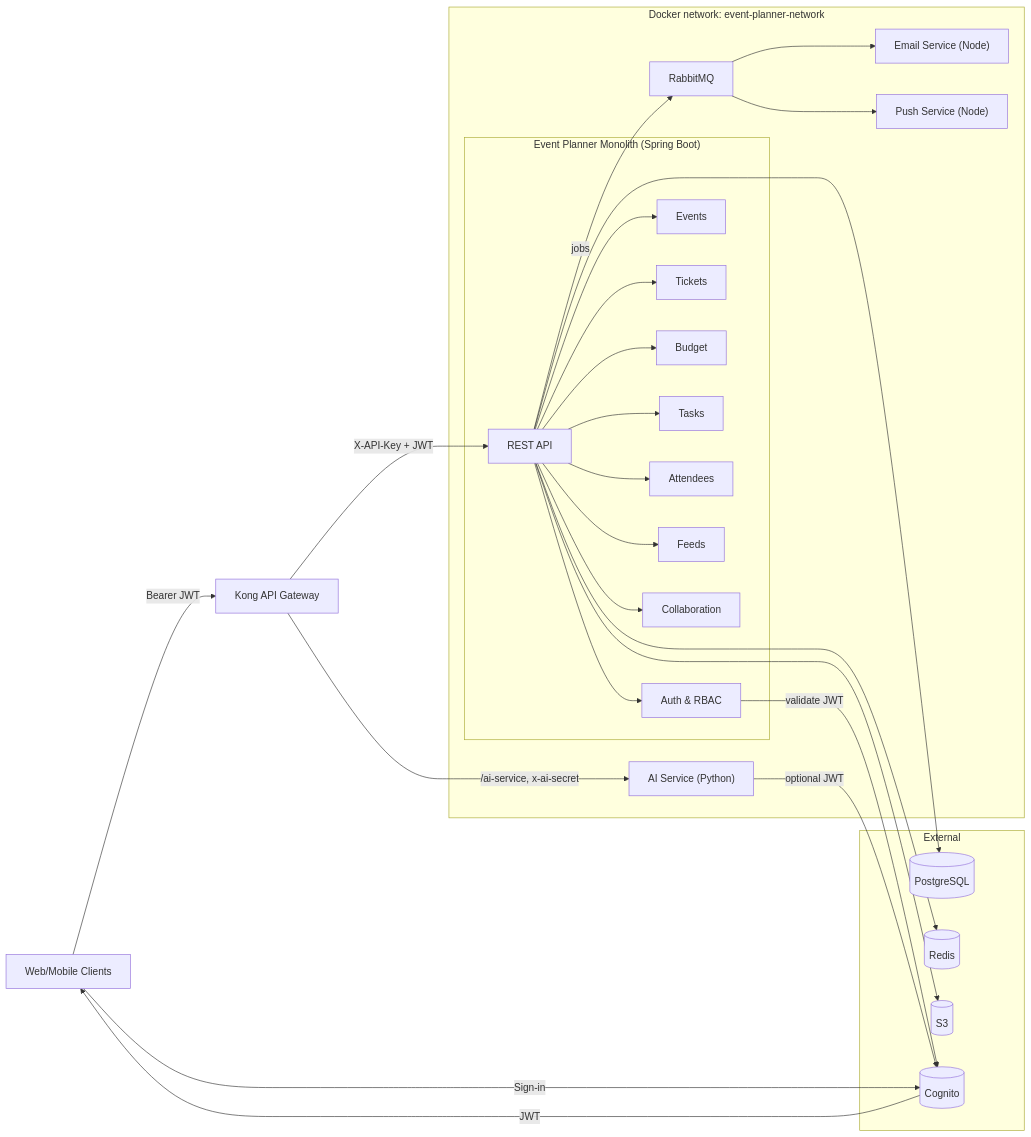
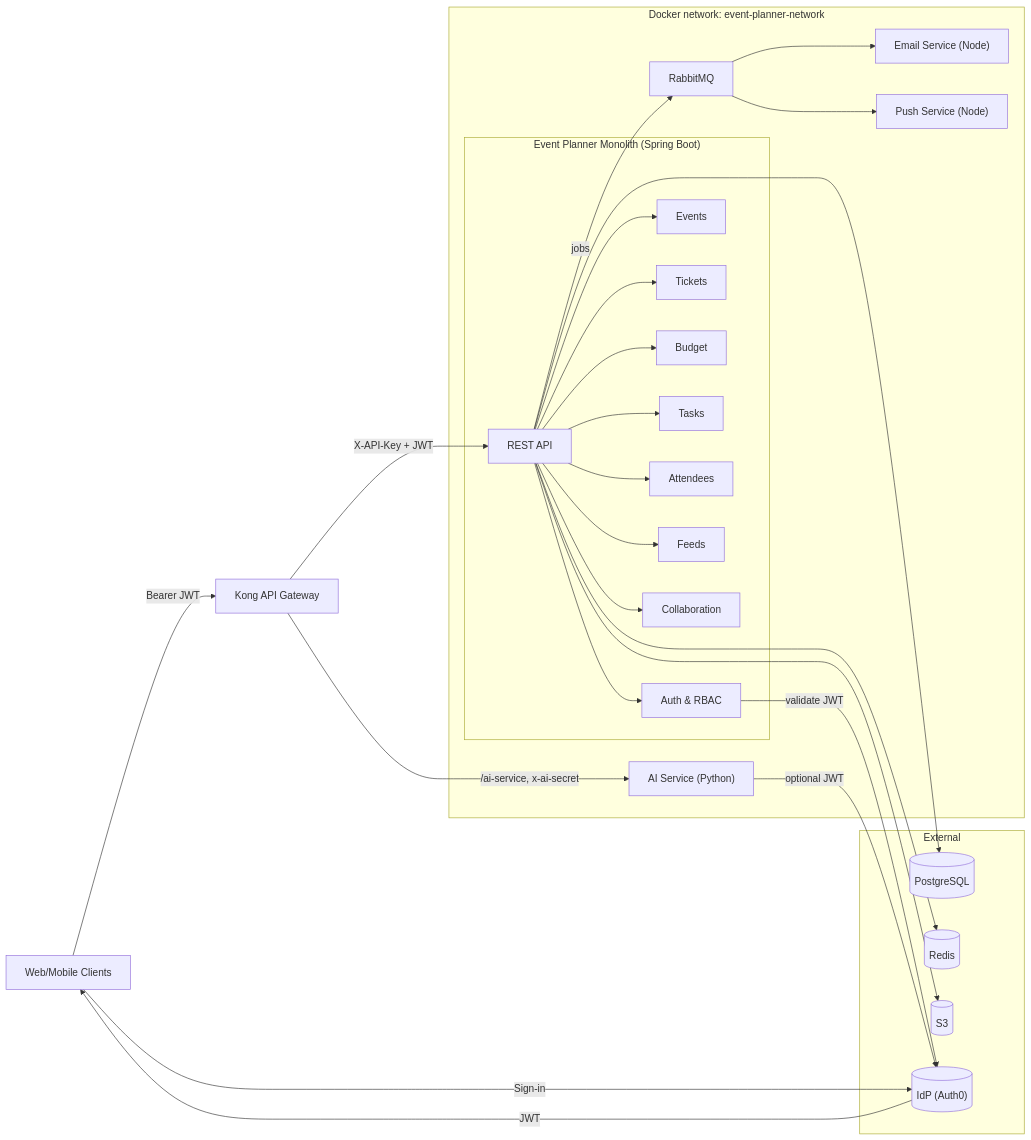
One commit to akintundem/SHADE changed the diagram in documentation/architecture.md. Above: the diagram before and after it, drawn with Mermaid. The commit also changed other lines of this file and 24 other files, not shown here.

First line of the commit message:
feat: Migrate authentication from Cognito to OIDC (Auth0)

````diff
--- a/documentation/architecture.md
+++ b/documentation/architecture.md
@@ -24,54 +24,54 @@
 ```mermaid
 flowchart LR
   C[Web/Mobile Clients]
   K[Kong API Gateway]
 
   subgraph N["Docker network: event-planner-network"]
     subgraph EP_APP["Event Planner Monolith (Spring Boot)"]
       EP_API[REST API]
       EP_AUTH[Auth & RBAC]
       EP_EVENTS[Events]
       EP_TICKETS[Tickets]
       EP_BUDGET[Budget]
       EP_TIMELINE[Tasks]
       EP_ATTENDEES[Attendees]
       EP_FEEDS[Feeds]
       EP_COLLAB[Collaboration]
     end
     AI["AI Service (Python)"]
     ES["Email Service (Node)"]
     PS["Push Service (Node)"]
     RMQ["RabbitMQ"]
   end
 
   subgraph X["External"]
     PG[(PostgreSQL)]
     RD[(Redis)]
     S3[("S3")]
-    CG[("Cognito")]
+    IDP[("IdP (Auth0)")]
   end
 
-  C -->|Sign-in| CG
-  CG -->|JWT| C
+  C -->|Sign-in| IDP
+  IDP -->|JWT| C
   C -->|Bearer JWT| K
   K -->|X-API-Key + JWT| EP_API
   K -->|/ai-service, x-ai-secret| AI
 
   EP_API --> EP_AUTH
   EP_API --> EP_EVENTS
   EP_API --> EP_TICKETS
   EP_API --> EP_BUDGET
   EP_API --> EP_TIMELINE
   EP_API --> EP_ATTENDEES
   EP_API --> EP_FEEDS
   EP_API --> EP_COLLAB
 
   EP_API -->|jobs| RMQ
   RMQ --> ES
   RMQ --> PS
   EP_API --> PG
   EP_API --> RD
   EP_API --> S3
-  EP_AUTH -->|validate JWT| CG
-  AI -->|optional JWT| CG
+  EP_AUTH -->|validate JWT| IDP
+  AI -->|optional JWT| IDP
 ```
````
